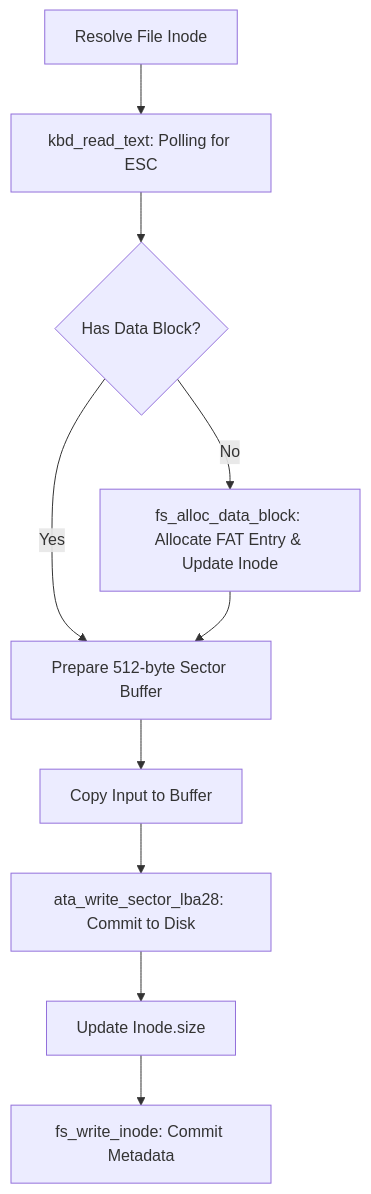
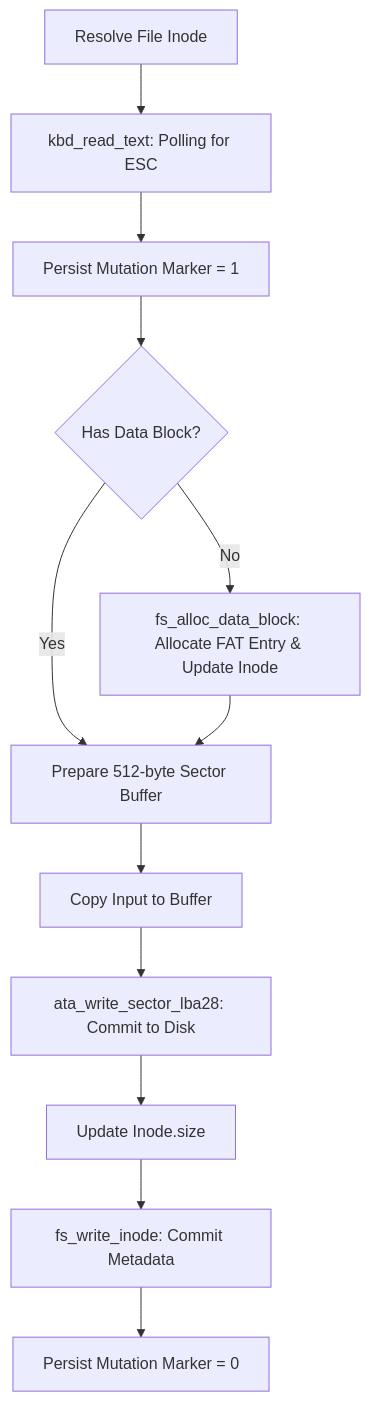
The eighth of 8 diagrams in docs/Flowchart.md (charlestsaur/MINI-OS), drawn with Mermaid before and after one commit. The commit also changed other lines of this file and 27 other files, not shown here.

````diff
--- a/docs/Flowchart.md
+++ b/docs/Flowchart.md
@@ -178,12 +189,14 @@
 ```mermaid
 graph TD
     A[Resolve File Inode] --> B[kbd_read_text: Polling for ESC]
-    B --> C{Has Data Block?}
+    B --> B1[Persist Mutation Marker = 1]
+    B1 --> C{Has Data Block?}
     C -- No --> D[fs_alloc_data_block: Allocate FAT Entry & Update Inode]
     C -- Yes --> E[Prepare 512-byte Sector Buffer]
     D --> E
     E --> F[Copy Input to Buffer]
     F --> G[ata_write_sector_lba28: Commit to Disk]
     G --> H[Update Inode.size]
     H --> I[fs_write_inode: Commit Metadata]
+    I --> J[Persist Mutation Marker = 0]
 ```
````
